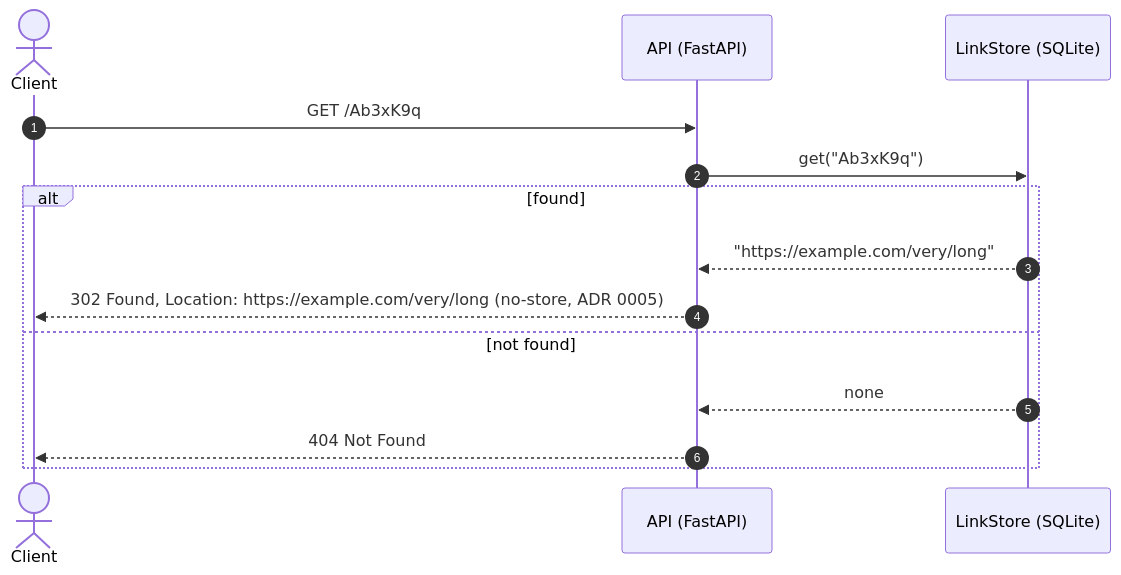
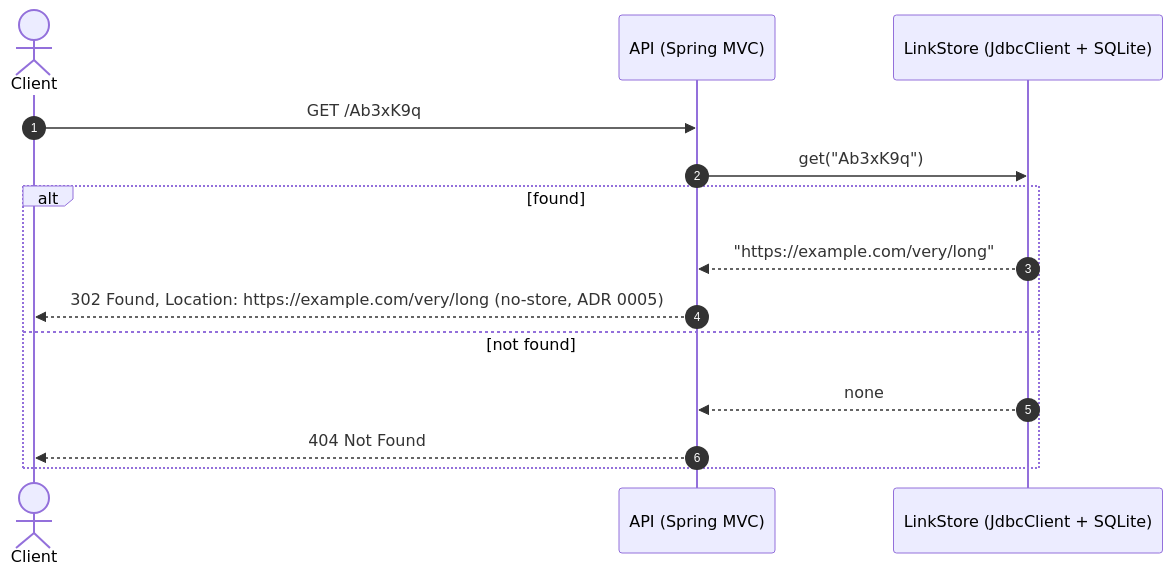
One commit to SanjuktaDavuluri/simple-url-shortener changed the second of 2 diagrams in docs/architecture.md. Above: the diagram before and after it, drawn with Mermaid. The commit also changed other lines of this file and 13 other files, not shown here.

````diff
--- a/docs/architecture.md
+++ b/docs/architecture.md
@@ -42,17 +42,17 @@
 ```mermaid
 sequenceDiagram
     autonumber
     actor Client
-    participant API as API (FastAPI)
-    participant Store as LinkStore (SQLite)
+    participant API as API (Spring MVC)
+    participant Store as LinkStore (JdbcClient + SQLite)
 
     Client->>API: GET /Ab3xK9q
     API->>Store: get("Ab3xK9q")
     alt found
         Store-->>API: "https://example.com/very/long"
         API-->>Client: 302 Found, Location: https://example.com/very/long (no-store, ADR 0005)
     else not found
         Store-->>API: none
         API-->>Client: 404 Not Found
     end
 ```
````
